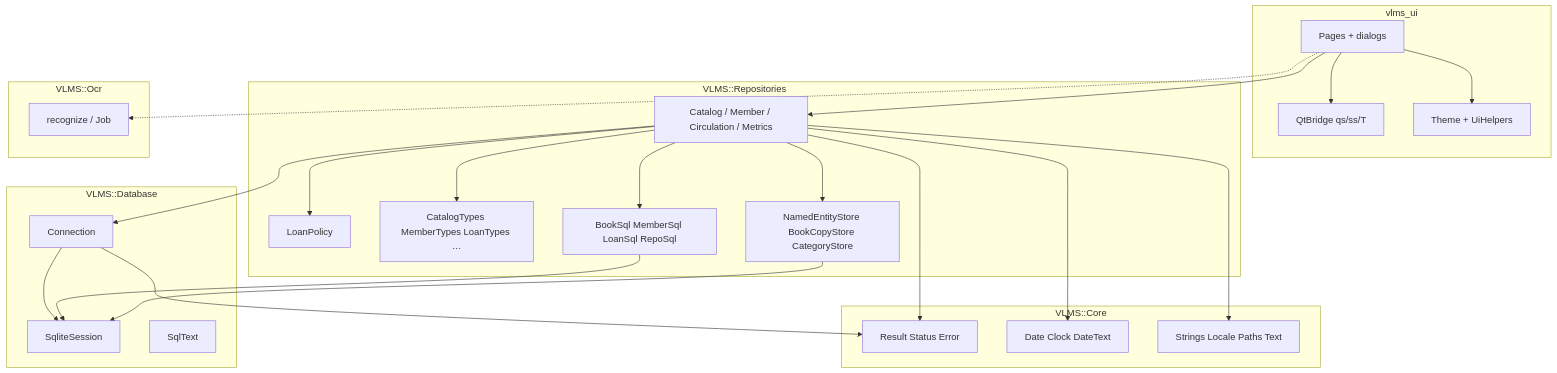
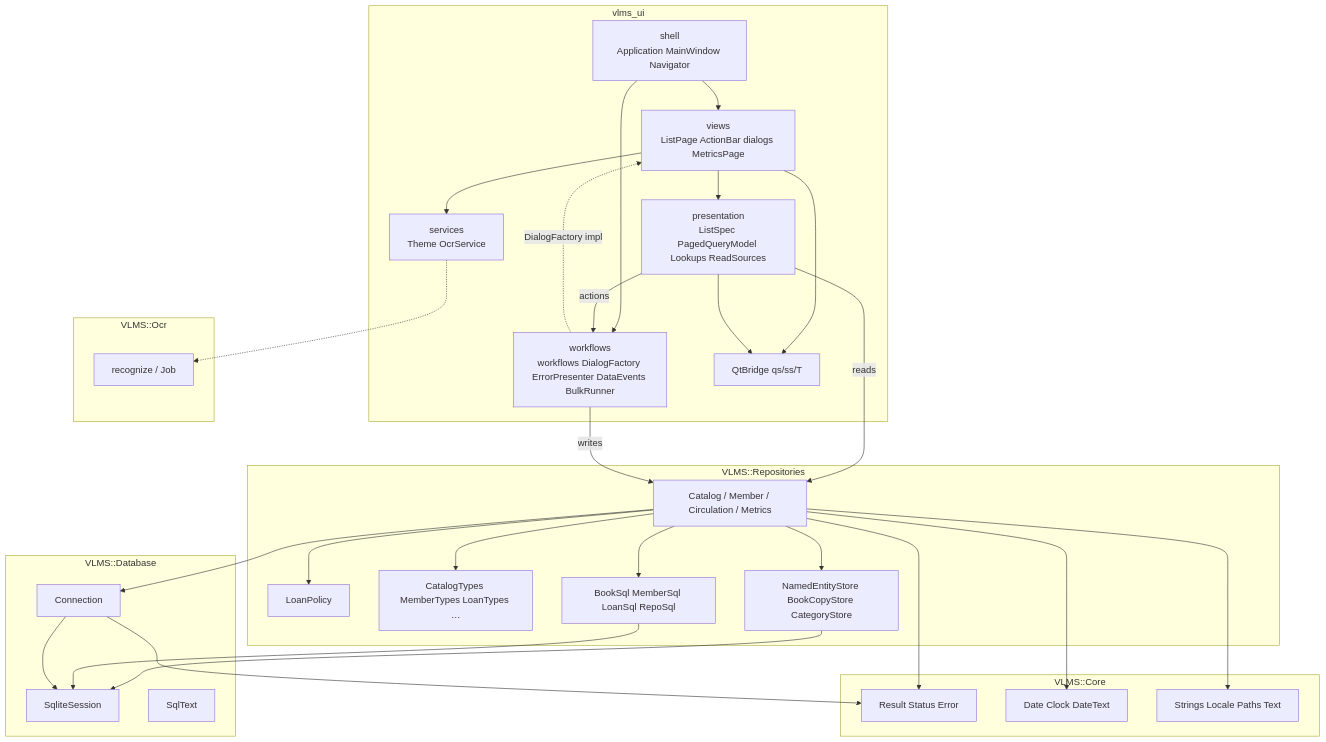
Before and after one commit to medaminben/VLMS: the ninth of 28 diagrams in docs/architecture/beta-uml.md, drawn with Mermaid. The commit also changed other lines of this file, not shown here.

First line of the commit message:
Refresh the Beta UML for the frontend redesign.

````diff
--- a/docs/architecture/beta-uml.md
+++ b/docs/architecture/beta-uml.md
@@ -234,49 +346,59 @@
 ```mermaid
 flowchart TD
     subgraph ui [vlms_ui]
-        Pages[Pages + dialogs]
+        Shell[shell<br/>Application MainWindow Navigator]
+        Views[views<br/>ListPage ActionBar dialogs MetricsPage]
+        Pres[presentation<br/>ListSpec PagedQueryModel Lookups ReadSources]
+        Flows[workflows<br/>workflows DialogFactory ErrorPresenter DataEvents BulkRunner]
+        Svc[services<br/>Theme OcrService]
         Bridge[QtBridge qs/ss/T]
-        Theme[Theme + UiHelpers]
     end
 
     subgraph repos [VLMS::Repositories]
         Facades[Catalog / Member / Circulation / Metrics]
         Policy[LoanPolicy]
         Types[CatalogTypes MemberTypes LoanTypes …]
         StoresPriv[NamedEntityStore BookCopyStore CategoryStore]
         SQL[BookSql MemberSql LoanSql RepoSql]
     end
 
     subgraph db [VLMS::Database]
         Conn[Connection]
         Sess2[SqliteSession]
         SqlText[SqlText]
     end
 
     subgraph core [VLMS::Core]
         Err[Result Status Error]
         Dates[Date Clock DateText]
         I18n[Strings Locale Paths Text]
     end
 
     subgraph ocr [VLMS::Ocr]
         Rec[recognize / Job]
     end
 
-    Pages --> Bridge
-    Pages --> Facades
-    Pages --> Theme
-    Pages -.-> Rec
+    Shell --> Views
+    Shell --> Flows
+    Views --> Pres
+    Views --> Svc
+    Pres -->|actions| Flows
+    Pres -->|reads| Facades
+    Flows -->|writes| Facades
+    Flows -.->|DialogFactory impl| Views
+    Svc -.-> Rec
+    Views --> Bridge
+    Pres --> Bridge
     Facades --> Err
     Facades --> Types
     Facades --> Policy
     Facades --> StoresPriv
     Facades --> SQL
     StoresPriv --> Sess2
     SQL --> Sess2
     Conn --> Sess2
     Conn --> Err
     Facades --> Conn
     Facades --> I18n
     Facades --> Dates
 ```
````
